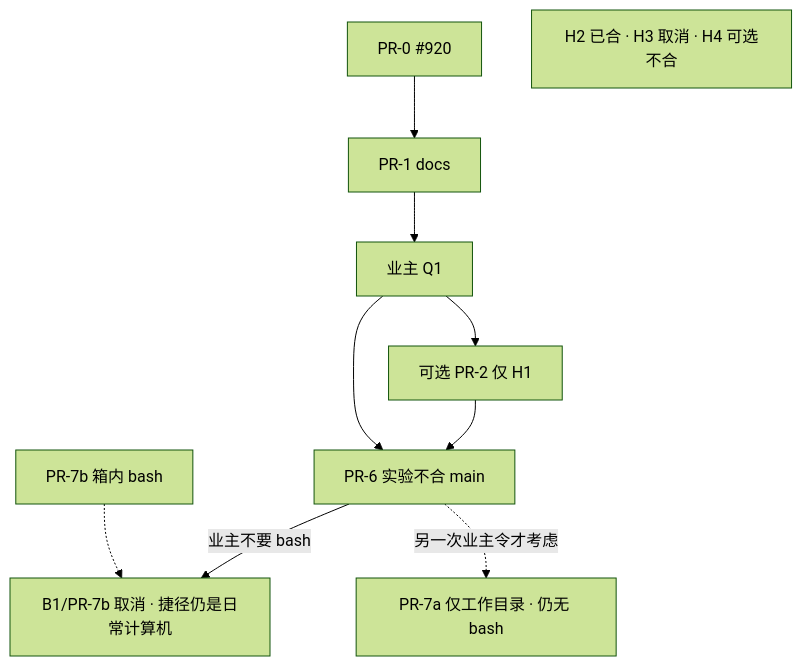
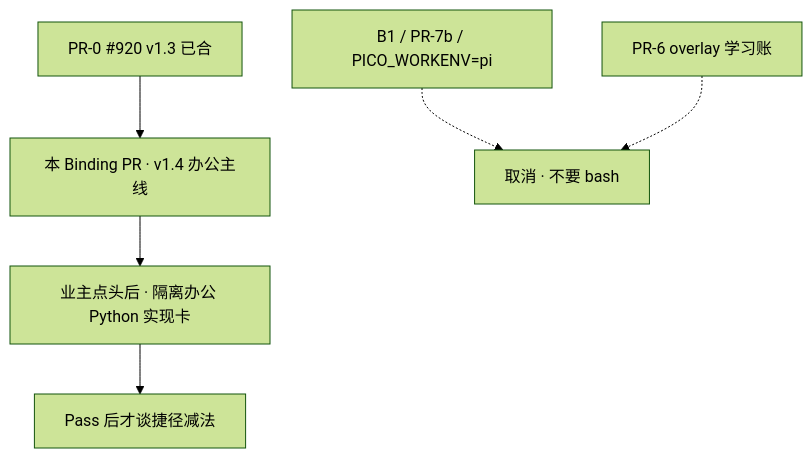
The sixth of 6 diagrams in docs/PLAN-WORKENV-UPSTREAM.md (juanwan99/pico), drawn with Mermaid (forest theme) before and after one commit. The commit also changed other lines of this file and 14 other files, not shown here.

````diff
--- a/docs/PLAN-WORKENV-UPSTREAM.md
+++ b/docs/PLAN-WORKENV-UPSTREAM.md
@@ -1250,12 +1256,8 @@
 ```mermaid
 flowchart TD
-  P0[PR-0 #920] --> P1[PR-1 docs]
-  P1 --> Q1[业主 Q1]
-  Q1 --> H1[可选 PR-2 仅 H1]
-  H1 --> EXP[PR-6 实验不合 main]
-  Q1 --> EXP
-  EXP -->|业主不要 bash| STOP[B1/PR-7b 取消 · 捷径仍是日常计算机]
-  EXP -.->|另一次业主令才考虑| P7a[PR-7a 仅工作目录 · 仍无 bash]
-  P7b[PR-7b 箱内 bash] -.-> STOP
-  H2[H2 已合 · H3 取消 · H4 可选不合]
+  P0[PR-0 #920 v1.3 已合] --> P1[本 Binding PR · v1.4 办公主线]
+  P1 --> NEXT[业主点头后 · 隔离办公 Python 实现卡]
+  NEXT --> PASS[Pass 后才谈捷径减法]
+  B1[B1 / PR-7b / PICO_WORKENV=pi] -.-> X[取消 · 不要 bash]
+  P6[PR-6 overlay 学习账] -.-> X
 ```
````
